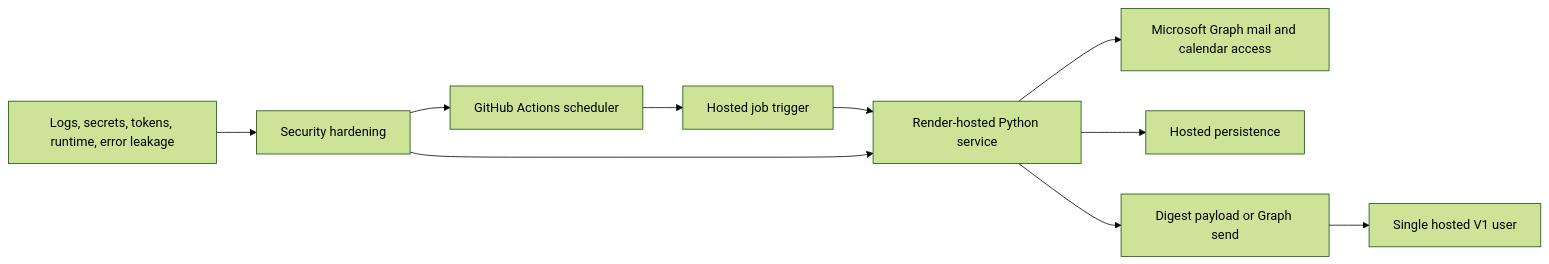
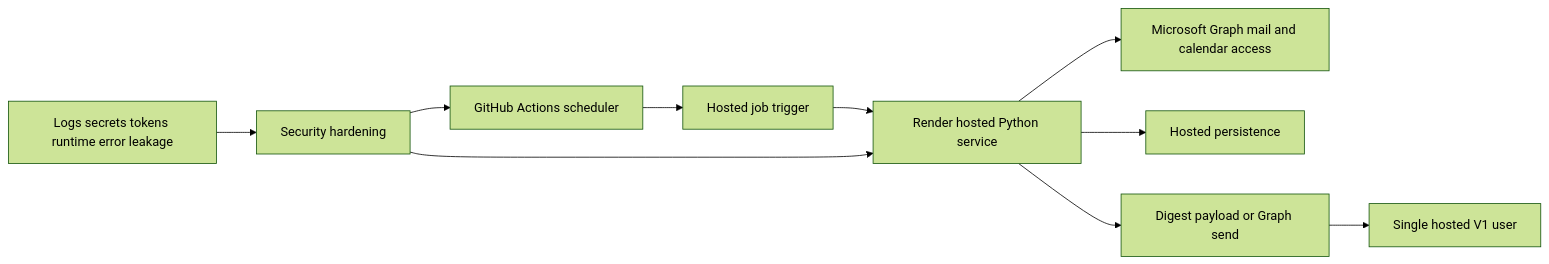
The diagram in logics/request/req_001_day_captain_hosted_security_hardening.md (AlexAgo83/day-captain), drawn with Mermaid (forest theme) before and after one commit. The commit also changed 40 other files, not shown here.

Commit message:
Normalize Logics Mermaid diagrams

````diff
--- a/logics/request/req_001_day_captain_hosted_security_hardening.md
+++ b/logics/request/req_001_day_captain_hosted_security_hardening.md
@@ -42,12 +42,12 @@
 ```mermaid
 flowchart LR
     Scheduler[GitHub Actions scheduler] --> Trigger[Hosted job trigger]
-    Trigger --> Service[Render-hosted Python service]
+    Trigger --> Service[Render hosted Python service]
     Service --> Graph[Microsoft Graph mail and calendar access]
     Service --> Store[Hosted persistence]
     Service --> Digest[Digest payload or Graph send]
     Digest --> User[Single hosted V1 user]
-    Risks[Logs, secrets, tokens, runtime, error leakage] --> Guardrails[Security hardening]
+    Risks[Logs secrets tokens runtime error leakage] --> Guardrails[Security hardening]
     Guardrails --> Service
     Guardrails --> Scheduler
 ```
````
